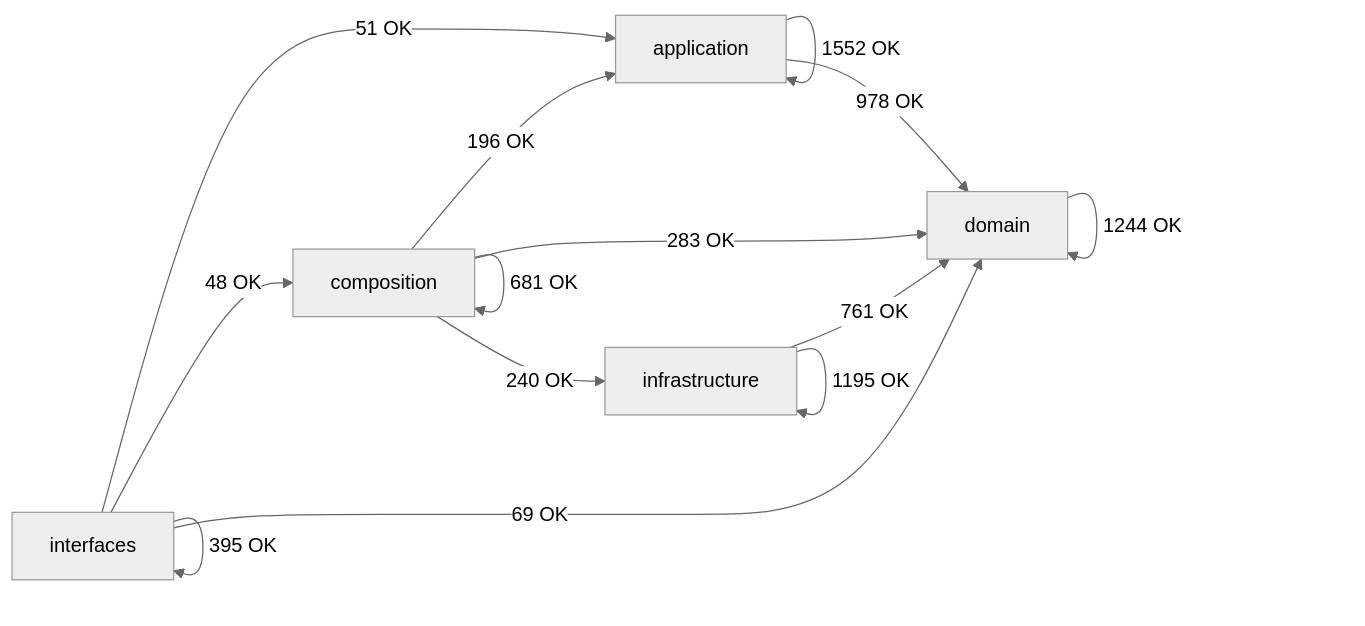
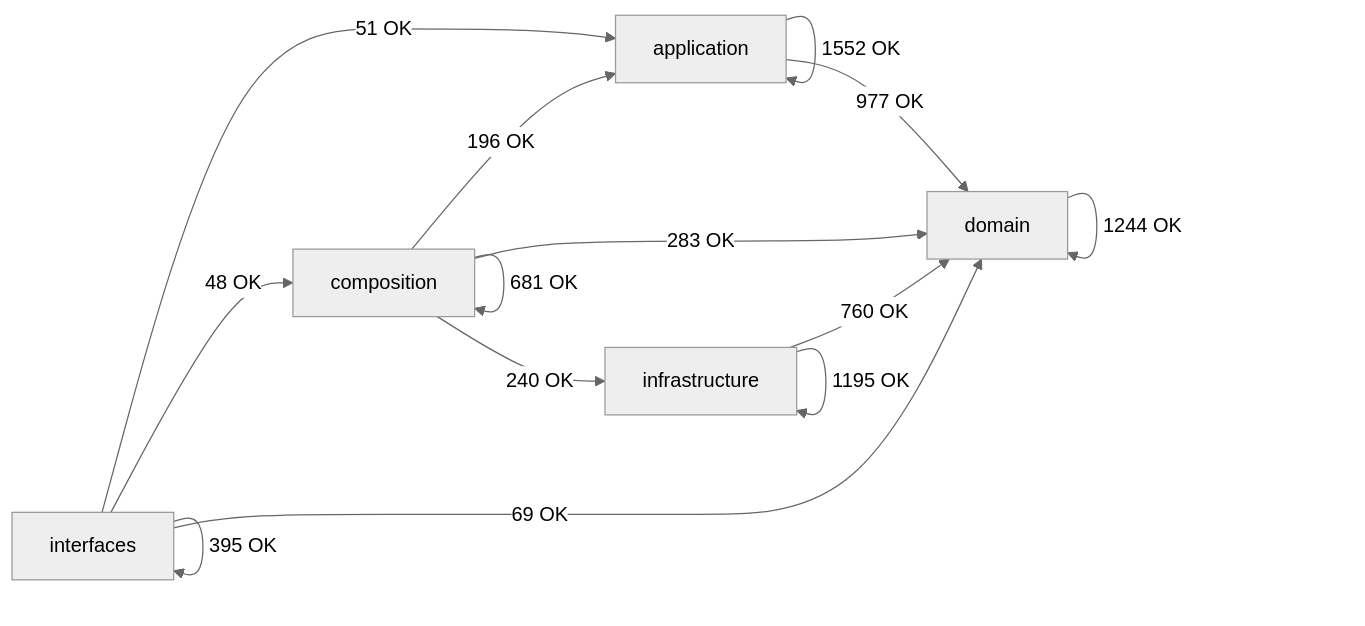
Before and after one commit to SatoryKono/BioactivityDataAcquisition: the diagram in docs/02-architecture/generated/module-dependency-map.md, drawn with Mermaid (neutral theme). The commit also changed other lines of this file and 313 other files, not shown here.

First line of the commit message:
fix: close NDA P1 hygiene, GHCR, diagrams, and API facade gates

````diff
--- a/docs/02-architecture/generated/module-dependency-map.md
+++ b/docs/02-architecture/generated/module-dependency-map.md
@@ -17,21 +17,21 @@
 ```mermaid
 flowchart LR
     domain[domain]
     application[application]
     infrastructure[infrastructure]
     composition[composition]
     interfaces[interfaces]
     application -->|1552 OK| application
-    application -->|978 OK| domain
+    application -->|977 OK| domain
     composition -->|196 OK| application
     composition -->|681 OK| composition
     composition -->|283 OK| domain
     composition -->|240 OK| infrastructure
     domain -->|1244 OK| domain
-    infrastructure -->|761 OK| domain
+    infrastructure -->|760 OK| domain
     infrastructure -->|1195 OK| infrastructure
     interfaces -->|51 OK| application
     interfaces -->|48 OK| composition
     interfaces -->|69 OK| domain
     interfaces -->|395 OK| interfaces
 ```
````
